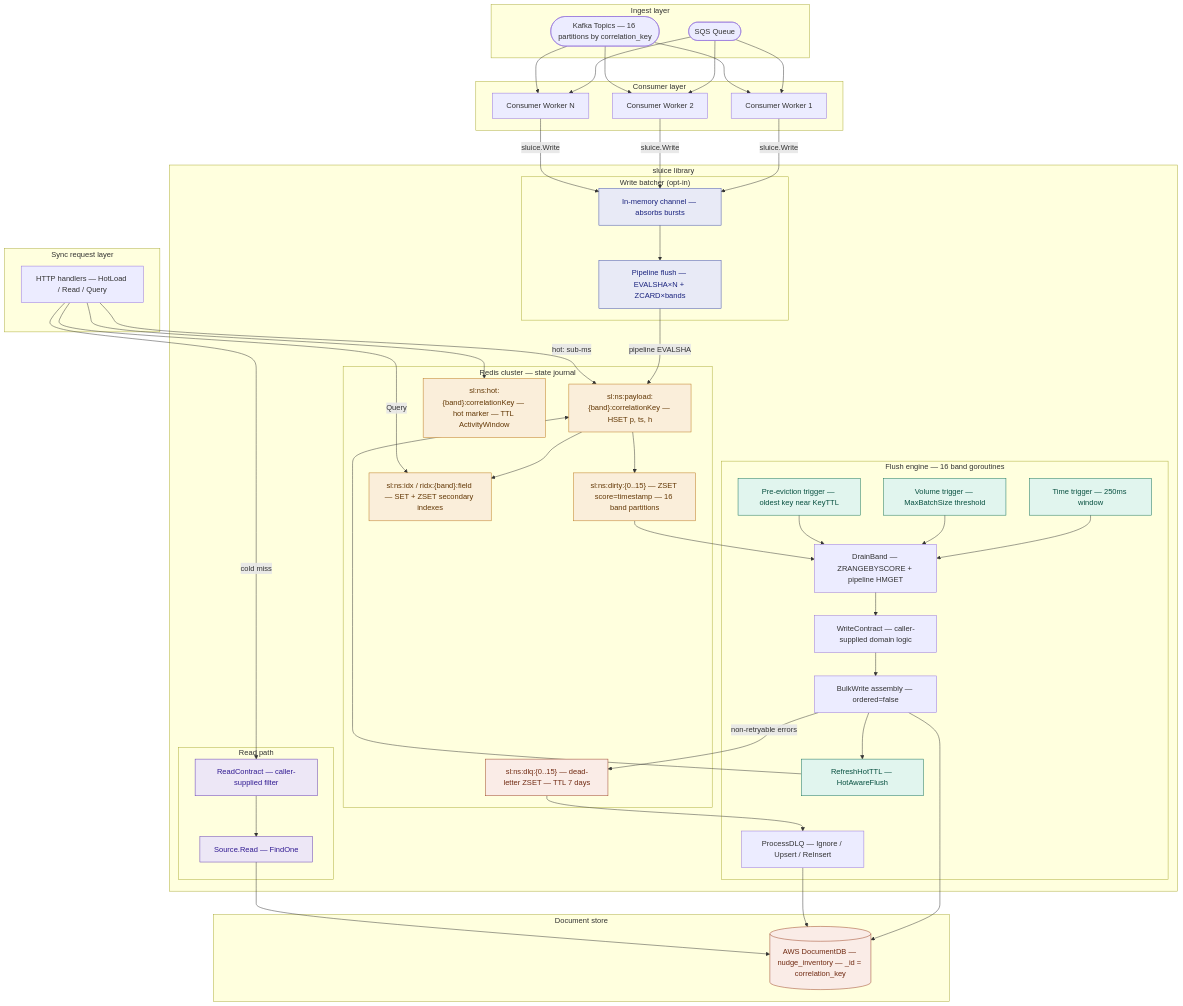
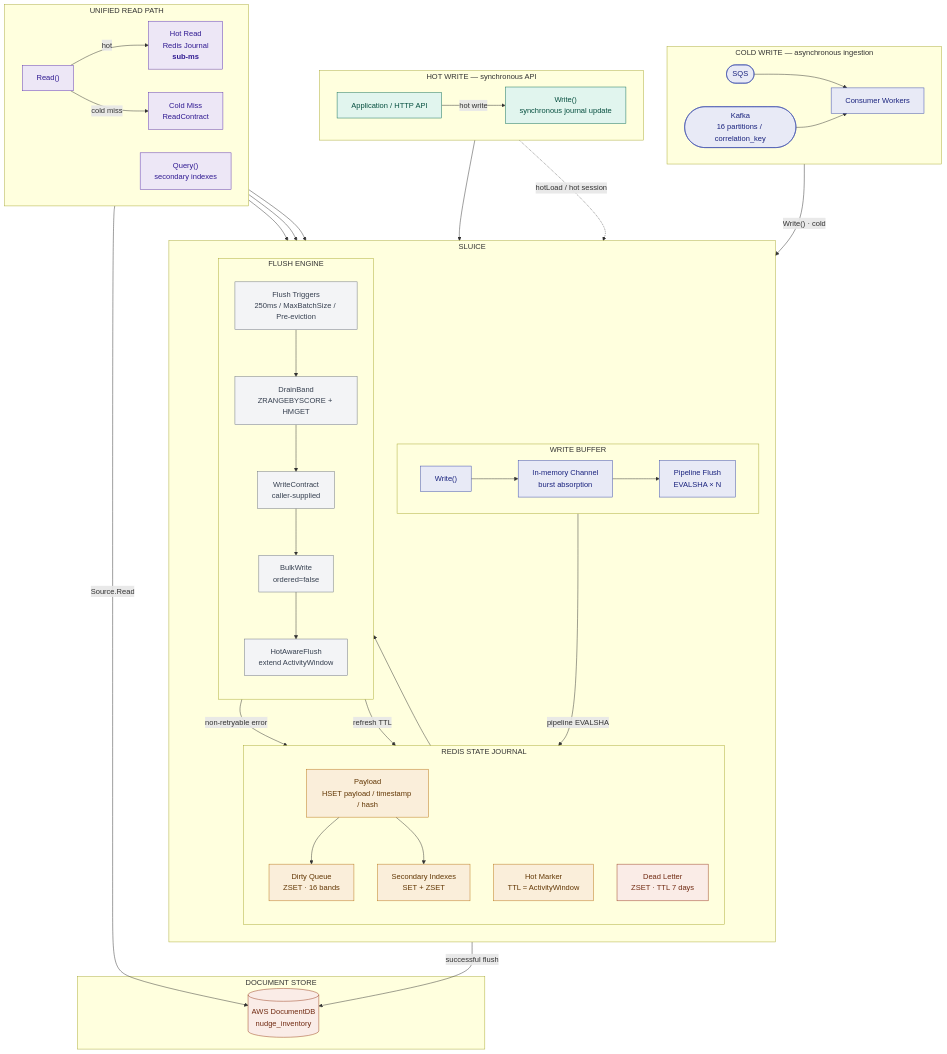
Before and after one commit to hussainpithawala/sluice-go: the tenth of 12 diagrams in README.md, drawn with Mermaid. The commit also changed other lines of this file and 1 other file, not shown here.

Commit message:
Update README with exactly-once semantics and add nudge Hot/Cold regime example
- Refined README diagrams for exactly-once logical application and idempotent correlation-key materialization.
- Added new example (`nudge_write_dual_read_hot`) demonstrating the full Hot/Cold data platform lifecycle.
- Documented synchronous `HotWrite` and asynchronous `ColdWrite` paths with Redis-backed journaling.
- Expanded integration workflows for unified reads, compound queries, and TTL-refresh mechanisms.

````diff
--- a/README.md
+++ b/README.md
@@ -463,96 +463,186 @@
 ```mermaid
 flowchart TD
-    subgraph Ingest ["Ingest layer"]
-        SQS([SQS Queue])
-        KAF(["Kafka Topics — 16 partitions by correlation_key"])
+%% ============================================================
+%% ASYNCHRONOUS / COLD WRITE
+%% ============================================================
+
+  subgraph ColdWrite["COLD WRITE — asynchronous ingestion"]
+    direction LR
+
+    SQS([SQS])
+    KAF(["Kafka<br/>16 partitions / correlation_key"])
+
+    CW["Consumer Workers"]
+
+    SQS --> CW
+    KAF --> CW
+  end
+
+
+%% ============================================================
+%% SYNCHRONOUS / HOT WRITE
+%% ============================================================
+
+  subgraph HotWrite["HOT WRITE — synchronous API"]
+    direction LR
+
+    API["Application / HTTP API"]
+
+    HW["Write()<br/>synchronous journal update"]
+
+    API -->|"hot write"| HW
+  end
+
+
+%% ============================================================
+%% SLUICE
+%% ============================================================
+
+  subgraph Sluice["SLUICE"]
+    direction TB
+
+    subgraph WriteBuffer["WRITE BUFFER"]
+      direction LR
+
+      W["Write()"]
+      BC["In-memory Channel<br/>burst absorption"]
+      BP["Pipeline Flush<br/>EVALSHA × N"]
+
+      W --> BC
+      BC --> BP
     end
 
-    subgraph Consumers ["Consumer layer"]
-        CW1[Consumer Worker 1]
-        CW2[Consumer Worker 2]
-        CWN[Consumer Worker N]
+
+    subgraph Journal["REDIS STATE JOURNAL"]
+      direction TB
+
+      PAYLOAD["Payload<br/>HSET payload / timestamp / hash"]
+
+      DIRTY["Dirty Queue<br/>ZSET · 16 bands"]
+
+      HOT["Hot Marker<br/>TTL = ActivityWindow"]
+
+      INDEX["Secondary Indexes<br/>SET + ZSET"]
+
+      DLQ["Dead Letter<br/>ZSET · TTL 7 days"]
+
+      PAYLOAD --> DIRTY
+      PAYLOAD --> INDEX
     end
 
-    subgraph App ["Sync request layer"]
-        HTTP["HTTP handlers — HotLoad / Read / Query"]
+
+    subgraph Flush["FLUSH ENGINE"]
+      direction TB
+
+      TRIG["Flush Triggers<br/>250ms / MaxBatchSize / Pre-eviction"]
+
+      DRAIN["DrainBand<br/>ZRANGEBYSCORE + HMGET"]
+
+      CONTRACT["WriteContract<br/>caller-supplied"]
+
+      BULK["BulkWrite<br/>ordered=false"]
+
+      HOTTTL["HotAwareFlush<br/>extend ActivityWindow"]
+
+      TRIG --> DRAIN
+      DRAIN --> CONTRACT
+      CONTRACT --> BULK
+      BULK --> HOTTTL
     end
+  end
 
-    subgraph Library ["sluice library"]
-        subgraph Journal ["Redis cluster — state journal"]
-            PH["sl:ns:payload:{band}:correlationKey — HSET p, ts, h"]
-            DS["sl:ns:dirty:{0..15} — ZSET score=timestamp — 16 band partitions"]
-            HM["sl:ns:hot:{band}:correlationKey — hot marker — TTL ActivityWindow"]
-            IX["sl:ns:idx / ridx:{band}:field — SET + ZSET secondary indexes"]
-            DLQ["sl:ns:dlq:{0..15} — dead-letter ZSET — TTL 7 days"]
-        end
-        subgraph Batcher ["Write batcher (opt-in)"]
-            BC["In-memory channel — absorbs bursts"]
-            BP["Pipeline flush — EVALSHA×N + ZCARD×bands"]
-        end
-        subgraph Engine ["Flush engine — 16 band goroutines"]
-            TT["Time trigger — 250ms window"]
-            VT["Volume trigger — MaxBatchSize threshold"]
-            PE["Pre-eviction trigger — oldest key near KeyTTL"]
-            DR["DrainBand — ZRANGEBYSCORE + pipeline HMGET"]
-            WC["WriteContract — caller-supplied domain logic"]
-            BW["BulkWrite assembly — ordered=false"]
-            RT["RefreshHotTTL — HotAwareFlush"]
-            DLP["ProcessDLQ — Ignore / Upsert / ReInsert"]
-        end
-        subgraph ReadPath ["Read path"]
-            RC["ReadContract — caller-supplied filter"]
-            SRC["Source.Read — FindOne"]
-        end
-    end
 
-    subgraph Store ["Document store"]
-        DB[("AWS DocumentDB — nudge_inventory — _id = correlation_key")]
-    end
+%% ============================================================
+%% DOCUMENT STORE
+%% ============================================================
 
-    SQS --> CW1
-    SQS --> CW2
-    SQS --> CWN
-    KAF --> CW1
-    KAF --> CW2
-    KAF --> CWN
-    CW1 -->|"sluice.Write"| BC
-    CW2 -->|"sluice.Write"| BC
-    CWN -->|"sluice.Write"| BC
-    BC --> BP
-    BP -->|"pipeline EVALSHA"| PH
-    PH --> DS
-    PH --> IX
-    TT --> DR
-    VT --> DR
-    PE --> DR
-    DS --> DR
-    DR --> WC
-    WC --> BW
-    BW -->|"non-retryable errors"| DLQ
-    BW --> DB
-    BW --> RT
-    RT --> PH
-    DLQ --> DLP
-    DLP --> DB
-    HTTP -->|"hot: sub-ms"| PH
-    HTTP --> HM
-    HTTP -->|"Query"| IX
-    HTTP -->|"cold miss"| RC
-    RC --> SRC
-    SRC --> DB
+  subgraph Store["DOCUMENT STORE"]
+    DB[("AWS DocumentDB<br/>nudge_inventory")]
+  end
 
-    style PH fill:#FAEEDA,stroke:#BA7517,color:#633806
-    style DS fill:#FAEEDA,stroke:#BA7517,color:#633806
-    style HM fill:#FAEEDA,stroke:#BA7517,color:#633806
-    style IX fill:#FAEEDA,stroke:#BA7517,color:#633806
-    style DLQ fill:#FAECE7,stroke:#993C1D,color:#712B13
-    style DB fill:#FAECE7,stroke:#993C1D,color:#712B13
-    style TT fill:#E1F5EE,stroke:#0F6E56,color:#085041
-    style VT fill:#E1F5EE,stroke:#0F6E56,color:#085041
-    style PE fill:#E1F5EE,stroke:#0F6E56,color:#085041
-    style RT fill:#E1F5EE,stroke:#0F6E56,color:#085041
-    style BC fill:#E8EAF6,stroke:#3949AB,color:#1A237E
-    style BP fill:#E8EAF6,stroke:#3949AB,color:#1A237E
-    style RC fill:#EDE7F6,stroke:#5E35B1,color:#311B92
-    style SRC fill:#EDE7F6,stroke:#5E35B1,color:#311B92
+
+%% ============================================================
+%% COLD WRITE → SLUICE
+%% ============================================================
+
+  CW -->|"Write() · cold"| W
+
+
+%% ============================================================
+%% HOT WRITE → SLUICE
+%% ============================================================
+
+  HW --> W
+
+%% Hot synchronous writes can establish / refresh hot state
+  HW -.->|"hotLoad / hot session"| HOT
+
+
+%% ============================================================
+%% SLUICE WRITE PIPELINE
+%% ============================================================
+
+  BP -->|"pipeline EVALSHA"| PAYLOAD
+
+  DIRTY --> DRAIN
+
+  BULK -->|"successful flush"| DB
+
+  BULK -->|"non-retryable error"| DLQ
+
+  HOTTTL -->|"refresh TTL"| HOT
+
+
+%% ============================================================
+%% READ PATH — ONE READ MODEL
+%% ============================================================
+
+  subgraph Read["UNIFIED READ PATH"]
+    direction LR
+
+    READ["Read()"]
+
+    HOTREAD["Hot Read<br/>Redis Journal<br/><b>sub-ms</b>"]
+
+    COLDREAD["Cold Miss<br/>ReadContract"]
+
+    QUERY["Query()<br/>secondary indexes"]
+
+    READ -->|"hot"| HOTREAD
+    READ -->|"cold miss"| COLDREAD
+
+    QUERY --> INDEX
+  end
+
+
+%% ============================================================
+%% READ CONNECTIONS
+%% ============================================================
+
+  HOTREAD --> PAYLOAD
+  HOTREAD --> HOT
+
+  COLDREAD -->|"Source.Read"| DB
+
+
+%% ============================================================
+%% STYLING
+%% ============================================================
+
+  classDef cold fill:#E8EAF6,stroke:#3949AB,color:#1A237E
+  classDef hot fill:#E1F5EE,stroke:#0F6E56,color:#085041
+  classDef journal fill:#FAEEDA,stroke:#BA7517,color:#633806
+  classDef store fill:#FAECE7,stroke:#993C1D,color:#712B13
+  classDef read fill:#EDE7F6,stroke:#5E35B1,color:#311B92
+  classDef engine fill:#F3F4F6,stroke:#6B7280,color:#374151
+  classDef dlq fill:#FAECE7,stroke:#993C1D,color:#712B13
+
+  class SQS,KAF,CW cold
+  class API,HW hot
+  class W,BC,BP cold
+  class PAYLOAD,DIRTY,HOT,INDEX journal
+  class TRIG,DRAIN,CONTRACT,BULK,HOTTTL engine
+  class READ,HOTREAD,COLDREAD,QUERY read
+  class DB store
+  class DLQ dlq
 ```
````
